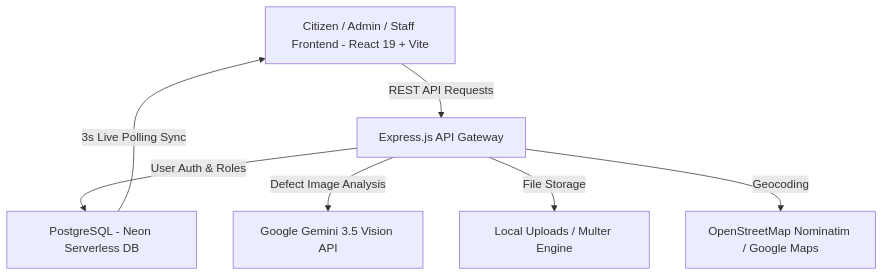
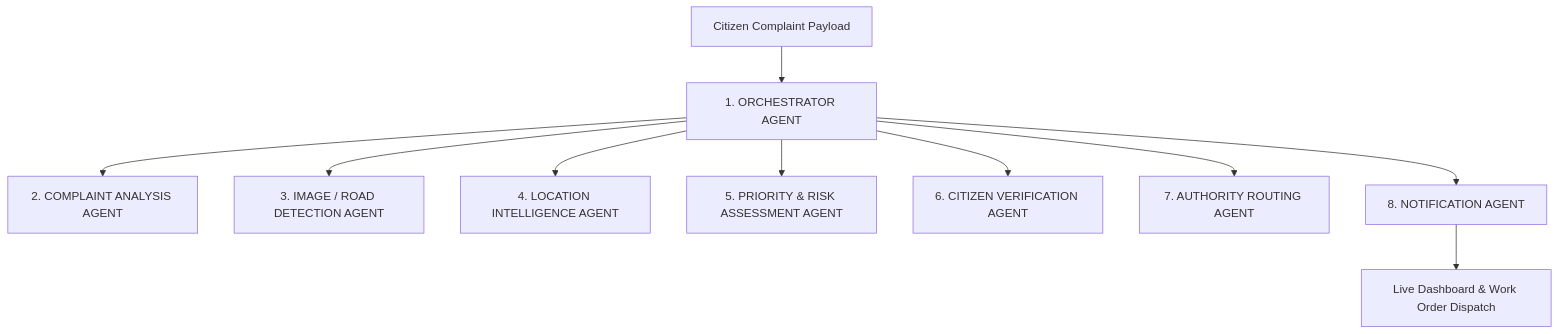
Before and after one commit to Raza786-asad/Agentic_AI: the diagram in README.md, drawn with Mermaid. The commit also changed other lines of this file and 17 other files, not shown here.

Commit message:
feat: Upgrade Roadex to Complete Agentic AI Road Safety Platform with 8-Agent Architecture and Control Center

````diff
--- a/README.md
+++ b/README.md
@@ -53,9 +18,12 @@
 ```mermaid
 graph TD
-    A[Citizen / Admin / Staff Frontend - React 19 + Vite] -->|REST API Requests| B[Express.js API Gateway]
-    B -->|User Auth & Roles| C[PostgreSQL - Neon Serverless DB]
-    B -->|Defect Image Analysis| D[Google Gemini 3.5 Vision API]
-    B -->|File Storage| E[Local Uploads / Multer Engine]
-    B -->|Geocoding| F[OpenStreetMap Nominatim / Google Maps]
-    C -->|3s Live Polling Sync| A
+    A[Citizen Complaint Payload] --> B[1. ORCHESTRATOR AGENT]
+    B --> C[2. COMPLAINT ANALYSIS AGENT]
+    B --> D[3. IMAGE / ROAD DETECTION AGENT]
+    B --> E[4. LOCATION INTELLIGENCE AGENT]
+    B --> F[5. PRIORITY & RISK ASSESSMENT AGENT]
+    B --> G[6. CITIZEN VERIFICATION AGENT]
+    B --> H[7. AUTHORITY ROUTING AGENT]
+    B --> I[8. NOTIFICATION AGENT]
+    I --> J[Live Dashboard & Work Order Dispatch]
 ```
````
